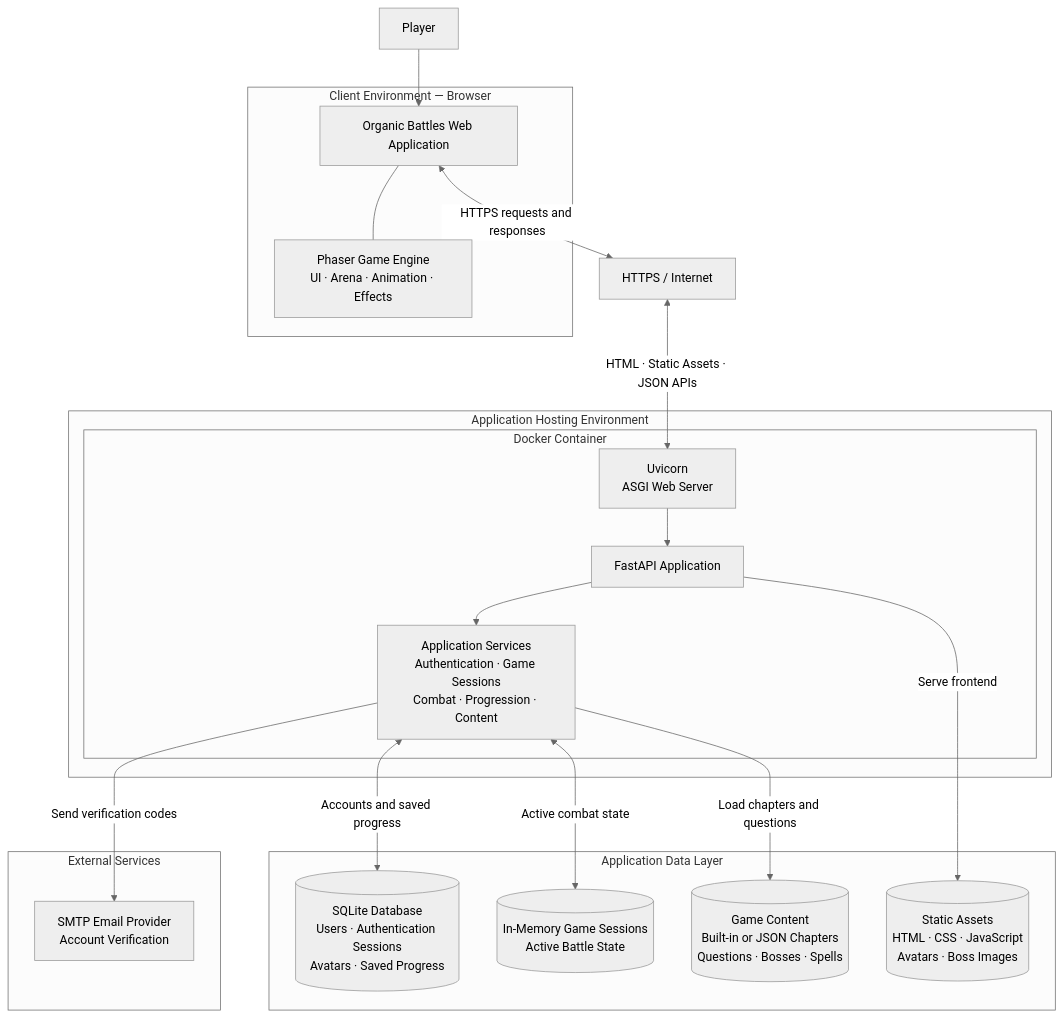
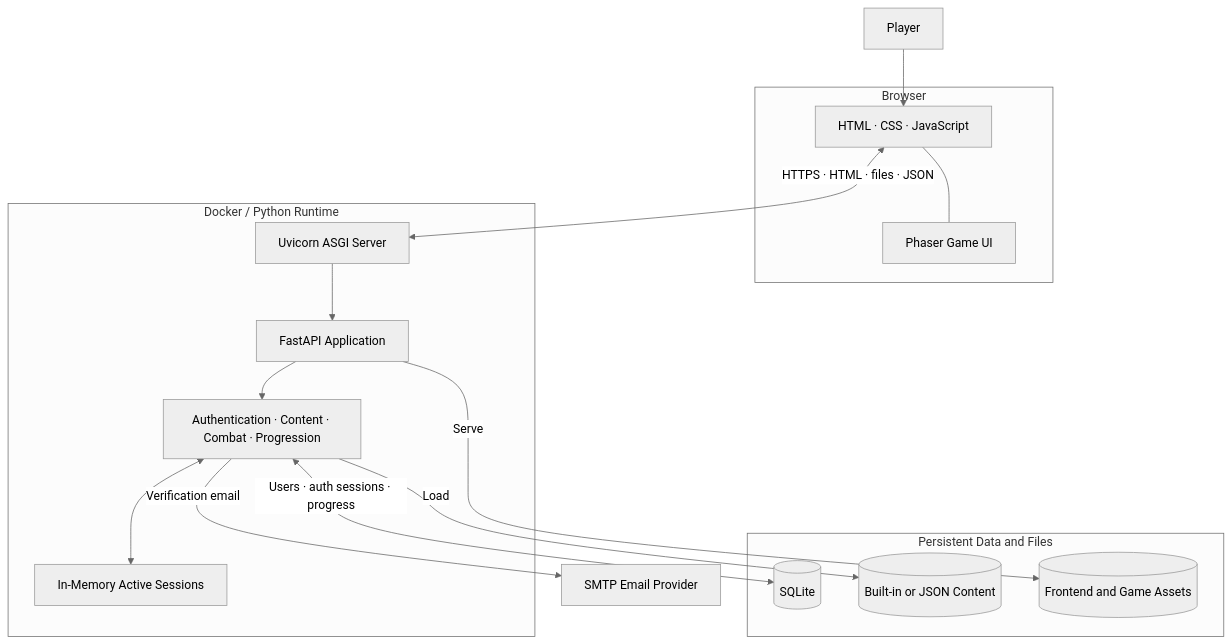
One commit to DKxi/OrganicBattlesProductionUpgrade changed the diagram in README.md. Above: the diagram before and after it, drawn with Mermaid (neutral theme). The commit also changed other lines of this file and 1 other file, not shown here.

````diff
--- a/README.md
+++ b/README.md
@@ -35,44 +30,35 @@
 ```mermaid
 flowchart TB
     Player["Player"]
 
-    subgraph Client["Client Environment — Browser"]
-        Browser["Organic Battles Web Application"]
-        Phaser["Phaser Game Engine<br/>UI · Arena · Animation · Effects"]
-        Browser --- Phaser
+    subgraph Client["Browser"]
+        Web["HTML · CSS · JavaScript"]
+        Phaser["Phaser Game UI"]
+        Web --- Phaser
     end
 
-    Internet["HTTPS / Internet"]
-
-    subgraph Hosting["Application Hosting Environment"]
-        subgraph Container["Docker Container"]
-            Uvicorn["Uvicorn<br/>ASGI Web Server"]
-            FastAPI["FastAPI Application"]
-            Services["Application Services<br/>Authentication · Game Sessions<br/>Combat · Progression · Content"]
-
-            Uvicorn --> FastAPI
-            FastAPI --> Services
-        end
+    subgraph Runtime["Docker / Python Runtime"]
+        Uvicorn["Uvicorn ASGI Server"]
+        API["FastAPI Application"]
+        Services["Authentication · Content · Combat · Progression"]
+        Active["In-Memory Active Sessions"]
+        Uvicorn --> API
+        API --> Services
+        Services <--> Active
     end
 
-    subgraph Data["Application Data Layer"]
-        SQLite[("SQLite Database<br/>Users · Authentication Sessions<br/>Avatars · Saved Progress")]
-        Memory[("In-Memory Game Sessions<br/>Active Battle State")]
-        Content[("Game Content<br/>Built-in or JSON Chapters<br/>Questions · Bosses · Spells")]
-        Assets[("Static Assets<br/>HTML · CSS · JavaScript<br/>Avatars · Boss Images")]
+    subgraph Data["Persistent Data and Files"]
+        SQLite[("SQLite")]
+        Content[("Built-in or JSON Content")]
+        Assets[("Frontend and Game Assets")]
     end
 
-    subgraph External["External Services"]
-        SMTP["SMTP Email Provider<br/>Account Verification"]
-    end
+    SMTP["SMTP Email Provider"]
 
-    Player --> Browser
-    Browser <-->|"HTTPS requests and responses"| Internet
-    Internet <-->|"HTML · Static Assets · JSON APIs"| Uvicorn
-
-    FastAPI -->|"Serve frontend"| Assets
-    Services <-->|"Accounts and saved progress"| SQLite
-    Services <-->|"Active combat state"| Memory
-    Services -->|"Load chapters and questions"| Content
-    Services -->|"Send verification codes"| SMTP
+    Player --> Web
+    Web <-->|"HTTPS · HTML · files · JSON"| Uvicorn
+    API -->|"Serve"| Assets
+    Services <-->|"Users · auth sessions · progress"| SQLite
+    Services -->|"Load"| Content
+    Services -->|"Verification email"| SMTP
 ```
````
